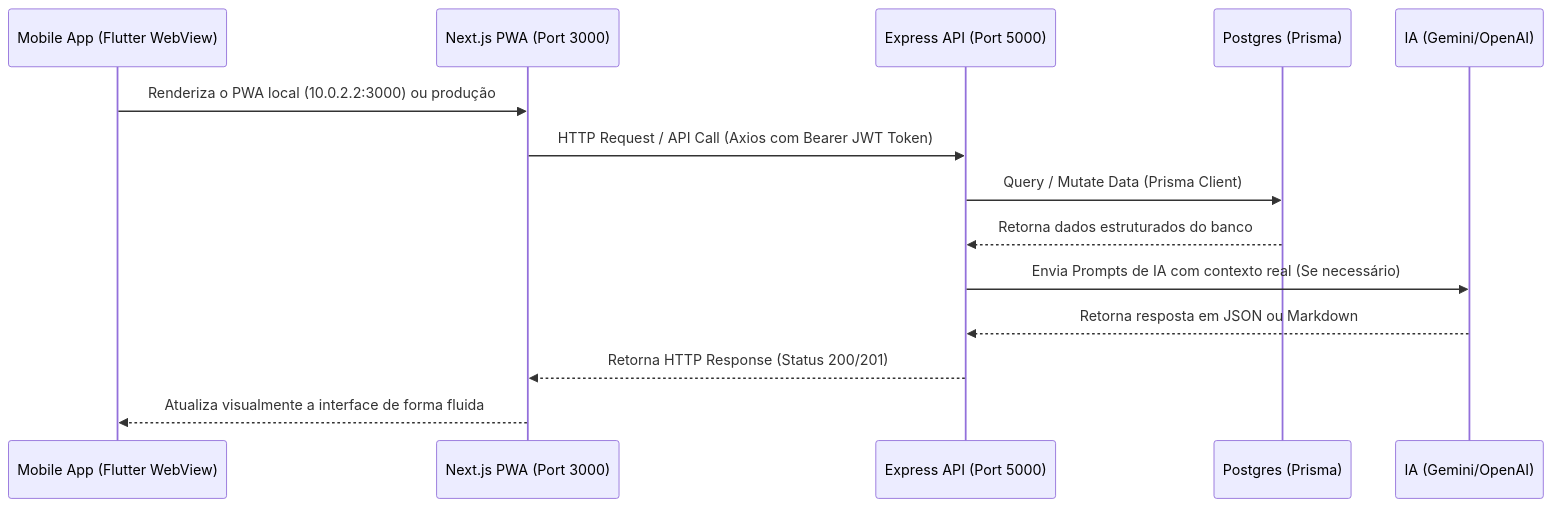
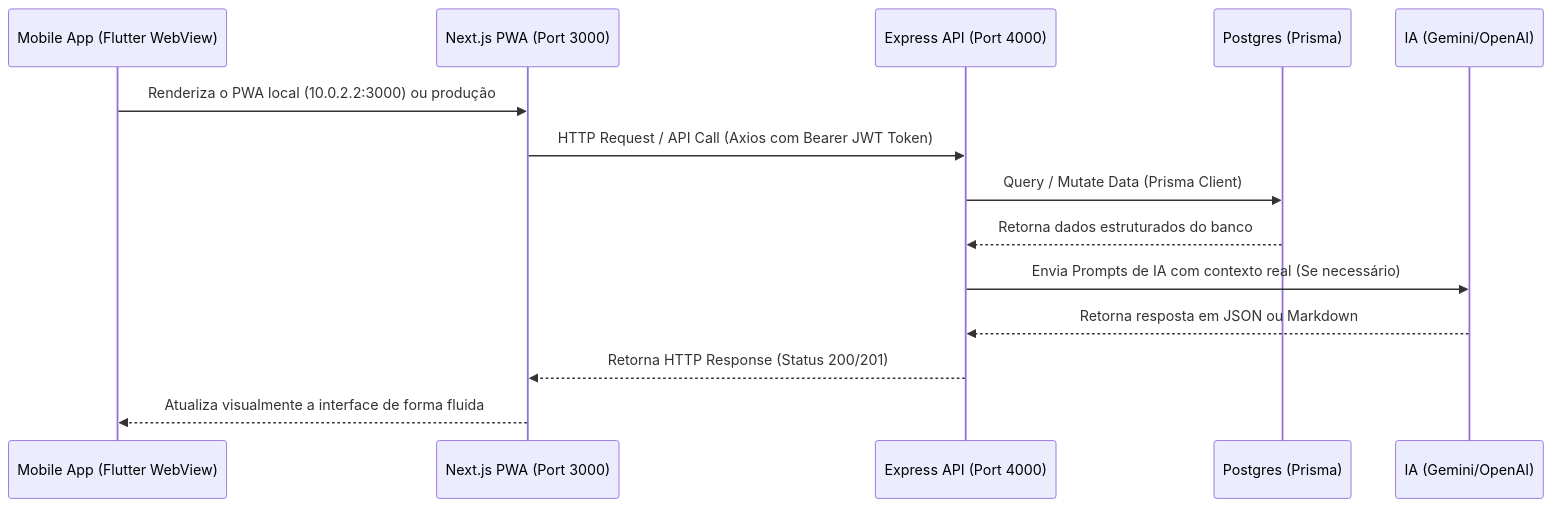
The diagram in docs/DEVELOPER_ONBOARDING_GUIDE.md (Sopaotech/influnext-api), drawn with Mermaid before and after one commit. The commit also changed other lines of this file and 17 other files, not shown here.

````diff
--- a/docs/DEVELOPER_ONBOARDING_GUIDE.md
+++ b/docs/DEVELOPER_ONBOARDING_GUIDE.md
@@ -61,17 +61,17 @@
 ```mermaid
 sequenceDiagram
     participant Mobile as Mobile App (Flutter WebView)
     participant Web as Next.js PWA (Port 3000)
-    participant API as Express API (Port 5000)
+    participant API as Express API (Port 4000)
     participant DB as Postgres (Prisma)
     participant AI as IA (Gemini/OpenAI)
 
     Mobile->>Web: Renderiza o PWA local (10.0.2.2:3000) ou produção
     Web->>API: HTTP Request / API Call (Axios com Bearer JWT Token)
     API->>DB: Query / Mutate Data (Prisma Client)
     DB-->>API: Retorna dados estruturados do banco
     API->>AI: Envia Prompts de IA com contexto real (Se necessário)
     AI-->>API: Retorna resposta em JSON ou Markdown
     API-->>Web: Retorna HTTP Response (Status 200/201)
     Web-->>Mobile: Atualiza visualmente a interface de forma fluida
 ```
````
